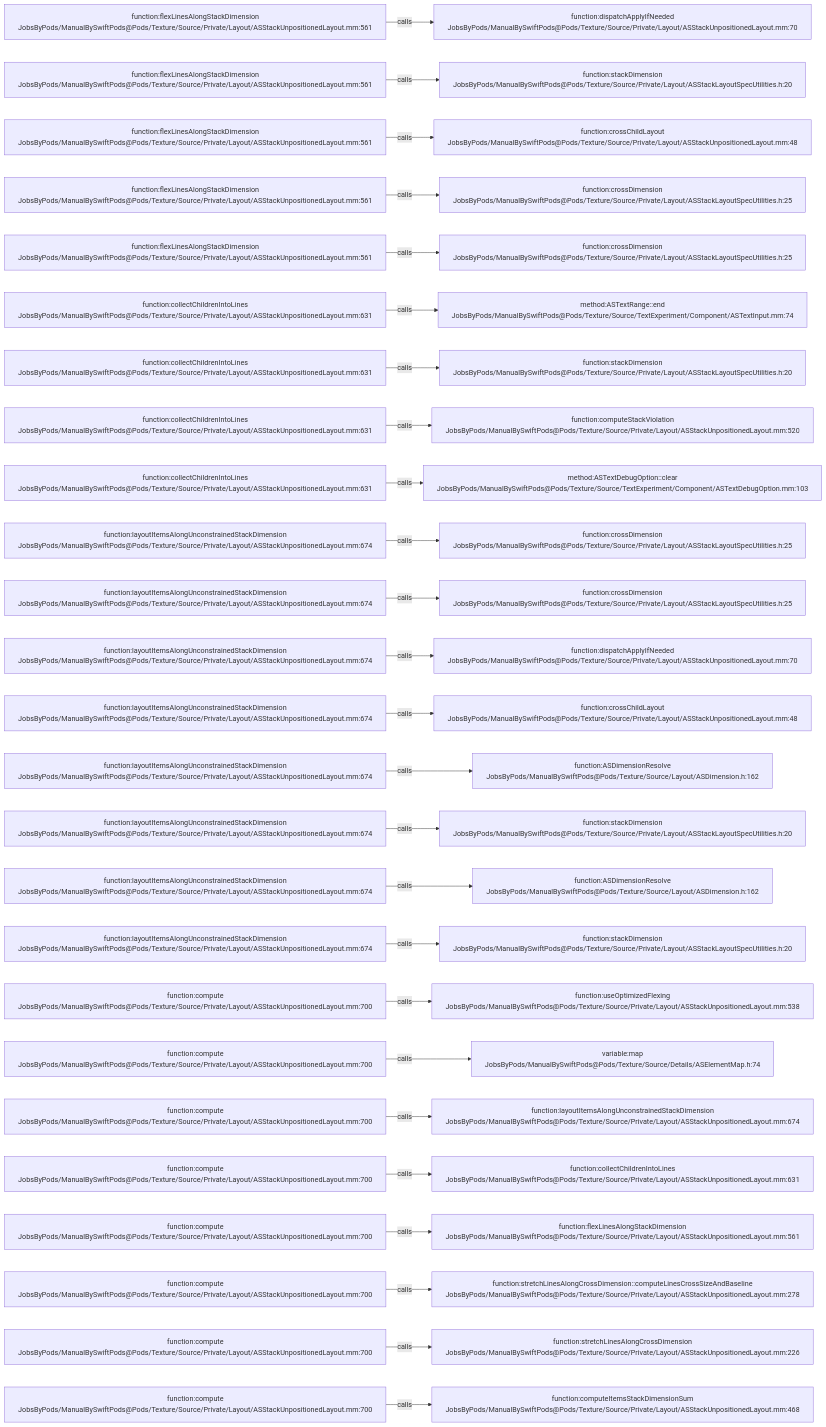
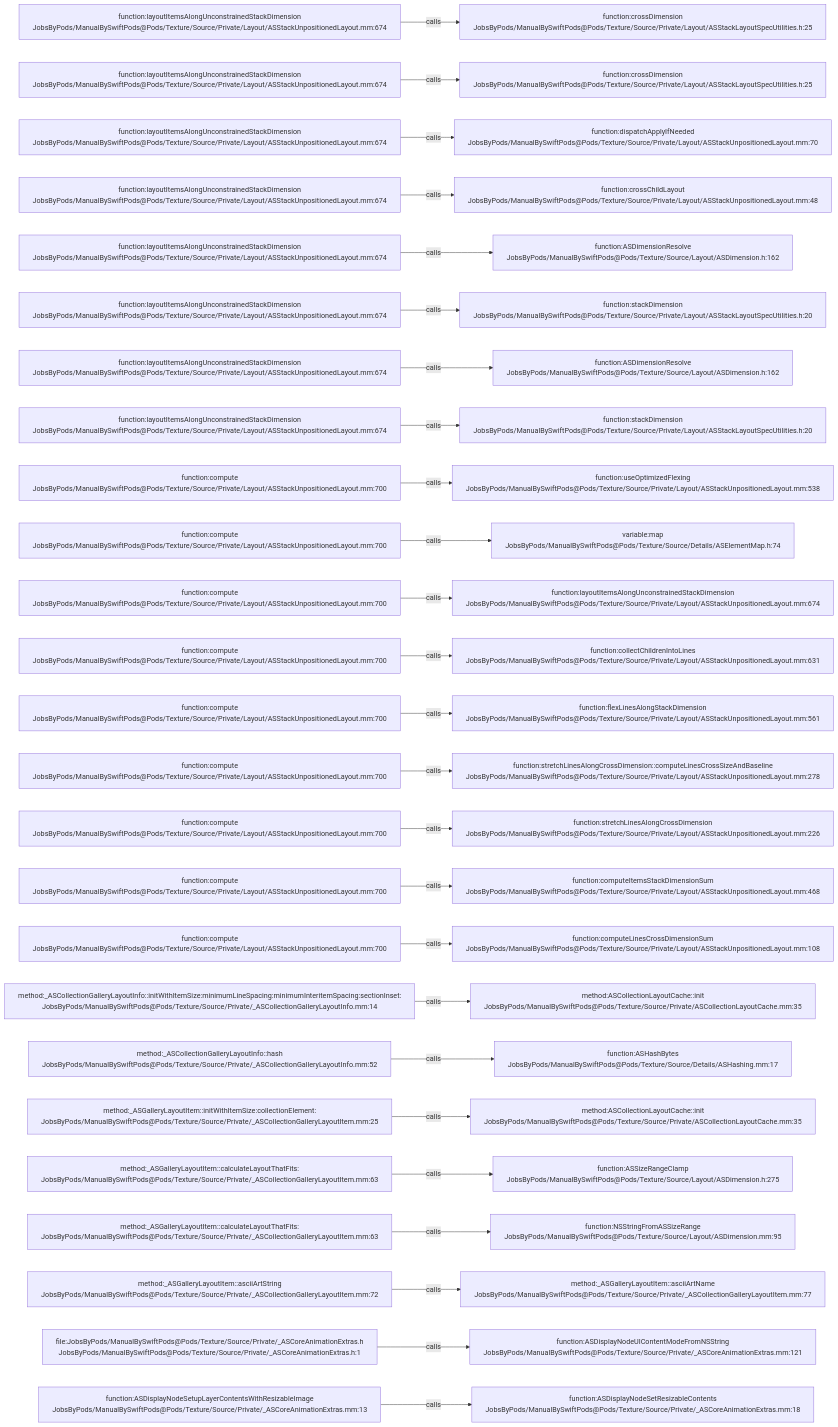
One commit to JobsKits/JobsSwiftBaseConfigDemo changed the diagram in .codegraph/codegraph.md/graphs/calls-127.md. Above: the diagram before and after it, drawn with Mermaid. The commit also changed 707 other files, not shown here.

````diff
--- a/.codegraph/codegraph.md/graphs/calls-127.md
+++ b/.codegraph/codegraph.md/graphs/calls-127.md
@@ -13,78 +13,78 @@
 ```mermaid
 flowchart LR
-  S1["function:flexLinesAlongStackDimension<br/>JobsByPods/ManualBySwiftPods@Pods/Texture/Source/Private/Layout/ASStackUnpositionedLayout.mm:561"]
-  T1["function:dispatchApplyIfNeeded<br/>JobsByPods/ManualBySwiftPods@Pods/Texture/Source/Private/Layout/ASStackUnpositionedLayout.mm:70"]
+  S1["function:layoutItemsAlongUnconstrainedStackDimension<br/>JobsByPods/ManualBySwiftPods@Pods/Texture/Source/Private/Layout/ASStackUnpositionedLayout.mm:674"]
+  T1["function:crossDimension<br/>JobsByPods/ManualBySwiftPods@Pods/Texture/Source/Private/Layout/ASStackLayoutSpecUtilities.h:25"]
   S1 -->|calls| T1
-  S2["function:flexLinesAlongStackDimension<br/>JobsByPods/ManualBySwiftPods@Pods/Texture/Source/Private/Layout/ASStackUnpositionedLayout.mm:561"]
-  T2["function:stackDimension<br/>JobsByPods/ManualBySwiftPods@Pods/Texture/Source/Private/Layout/ASStackLayoutSpecUtilities.h:20"]
+  S2["function:layoutItemsAlongUnconstrainedStackDimension<br/>JobsByPods/ManualBySwiftPods@Pods/Texture/Source/Private/Layout/ASStackUnpositionedLayout.mm:674"]
+  T2["function:crossDimension<br/>JobsByPods/ManualBySwiftPods@Pods/Texture/Source/Private/Layout/ASStackLayoutSpecUtilities.h:25"]
   S2 -->|calls| T2
-  S3["function:flexLinesAlongStackDimension<br/>JobsByPods/ManualBySwiftPods@Pods/Texture/Source/Private/Layout/ASStackUnpositionedLayout.mm:561"]
-  T3["function:crossChildLayout<br/>JobsByPods/ManualBySwiftPods@Pods/Texture/Source/Private/Layout/ASStackUnpositionedLayout.mm:48"]
+  S3["function:layoutItemsAlongUnconstrainedStackDimension<br/>JobsByPods/ManualBySwiftPods@Pods/Texture/Source/Private/Layout/ASStackUnpositionedLayout.mm:674"]
+  T3["function:dispatchApplyIfNeeded<br/>JobsByPods/ManualBySwiftPods@Pods/Texture/Source/Private/Layout/ASStackUnpositionedLayout.mm:70"]
   S3 -->|calls| T3
-  S4["function:flexLinesAlongStackDimension<br/>JobsByPods/ManualBySwiftPods@Pods/Texture/Source/Private/Layout/ASStackUnpositionedLayout.mm:561"]
-  T4["function:crossDimension<br/>JobsByPods/ManualBySwiftPods@Pods/Texture/Source/Private/Layout/ASStackLayoutSpecUtilities.h:25"]
+  S4["function:layoutItemsAlongUnconstrainedStackDimension<br/>JobsByPods/ManualBySwiftPods@Pods/Texture/Source/Private/Layout/ASStackUnpositionedLayout.mm:674"]
+  T4["function:crossChildLayout<br/>JobsByPods/ManualBySwiftPods@Pods/Texture/Source/Private/Layout/ASStackUnpositionedLayout.mm:48"]
   S4 -->|calls| T4
-  S5["function:flexLinesAlongStackDimension<br/>JobsByPods/ManualBySwiftPods@Pods/Texture/Source/Private/Layout/ASStackUnpositionedLayout.mm:561"]
-  T5["function:crossDimension<br/>JobsByPods/ManualBySwiftPods@Pods/Texture/Source/Private/Layout/ASStackLayoutSpecUtilities.h:25"]
+  S5["function:layoutItemsAlongUnconstrainedStackDimension<br/>JobsByPods/ManualBySwiftPods@Pods/Texture/Source/Private/Layout/ASStackUnpositionedLayout.mm:674"]
+  T5["function:ASDimensionResolve<br/>JobsByPods/ManualBySwiftPods@Pods/Texture/Source/Layout/ASDimension.h:162"]
   S5 -->|calls| T5
-  S6["function:collectChildrenIntoLines<br/>JobsByPods/ManualBySwiftPods@Pods/Texture/Source/Private/Layout/ASStackUnpositionedLayout.mm:631"]
-  T6["method:ASTextRange::end<br/>JobsByPods/ManualBySwiftPods@Pods/Texture/Source/TextExperiment/Component/ASTextInput.mm:74"]
+  S6["function:layoutItemsAlongUnconstrainedStackDimension<br/>JobsByPods/ManualBySwiftPods@Pods/Texture/Source/Private/Layout/ASStackUnpositionedLayout.mm:674"]
+  T6["function:stackDimension<br/>JobsByPods/ManualBySwiftPods@Pods/Texture/Source/Private/Layout/ASStackLayoutSpecUtilities.h:20"]
   S6 -->|calls| T6
-  S7["function:collectChildrenIntoLines<br/>JobsByPods/ManualBySwiftPods@Pods/Texture/Source/Private/Layout/ASStackUnpositionedLayout.mm:631"]
-  T7["function:stackDimension<br/>JobsByPods/ManualBySwiftPods@Pods/Texture/Source/Private/Layout/ASStackLayoutSpecUtilities.h:20"]
+  S7["function:layoutItemsAlongUnconstrainedStackDimension<br/>JobsByPods/ManualBySwiftPods@Pods/Texture/Source/Private/Layout/ASStackUnpositionedLayout.mm:674"]
+  T7["function:ASDimensionResolve<br/>JobsByPods/ManualBySwiftPods@Pods/Texture/Source/Layout/ASDimension.h:162"]
   S7 -->|calls| T7
-  S8["function:collectChildrenIntoLines<br/>JobsByPods/ManualBySwiftPods@Pods/Texture/Source/Private/Layout/ASStackUnpositionedLayout.mm:631"]
-  T8["function:computeStackViolation<br/>JobsByPods/ManualBySwiftPods@Pods/Texture/Source/Private/Layout/ASStackUnpositionedLayout.mm:520"]
+  S8["function:layoutItemsAlongUnconstrainedStackDimension<br/>JobsByPods/ManualBySwiftPods@Pods/Texture/Source/Private/Layout/ASStackUnpositionedLayout.mm:674"]
+  T8["function:stackDimension<br/>JobsByPods/ManualBySwiftPods@Pods/Texture/Source/Private/Layout/ASStackLayoutSpecUtilities.h:20"]
   S8 -->|calls| T8
-  S9["function:collectChildrenIntoLines<br/>JobsByPods/ManualBySwiftPods@Pods/Texture/Source/Private/Layout/ASStackUnpositionedLayout.mm:631"]
-  T9["method:ASTextDebugOption::clear<br/>JobsByPods/ManualBySwiftPods@Pods/Texture/Source/TextExperiment/Component/ASTextDebugOption.mm:103"]
+  S9["function:compute<br/>JobsByPods/ManualBySwiftPods@Pods/Texture/Source/Private/Layout/ASStackUnpositionedLayout.mm:700"]
+  T9["function:useOptimizedFlexing<br/>JobsByPods/ManualBySwiftPods@Pods/Texture/Source/Private/Layout/ASStackUnpositionedLayout.mm:538"]
   S9 -->|calls| T9
-  S10["function:layoutItemsAlongUnconstrainedStackDimension<br/>JobsByPods/ManualBySwiftPods@Pods/Texture/Source/Private/Layout/ASStackUnpositionedLayout.mm:674"]
-  T10["function:crossDimension<br/>JobsByPods/ManualBySwiftPods@Pods/Texture/Source/Private/Layout/ASStackLayoutSpecUtilities.h:25"]
+  S10["function:compute<br/>JobsByPods/ManualBySwiftPods@Pods/Texture/Source/Private/Layout/ASStackUnpositionedLayout.mm:700"]
+  T10["variable:map<br/>JobsByPods/ManualBySwiftPods@Pods/Texture/Source/Details/ASElementMap.h:74"]
   S10 -->|calls| T10
-  S11["function:layoutItemsAlongUnconstrainedStackDimension<br/>JobsByPods/ManualBySwiftPods@Pods/Texture/Source/Private/Layout/ASStackUnpositionedLayout.mm:674"]
-  T11["function:crossDimension<br/>JobsByPods/ManualBySwiftPods@Pods/Texture/Source/Private/Layout/ASStackLayoutSpecUtilities.h:25"]
+  S11["function:compute<br/>JobsByPods/ManualBySwiftPods@Pods/Texture/Source/Private/Layout/ASStackUnpositionedLayout.mm:700"]
+  T11["function:layoutItemsAlongUnconstrainedStackDimension<br/>JobsByPods/ManualBySwiftPods@Pods/Texture/Source/Private/Layout/ASStackUnpositionedLayout.mm:674"]
   S11 -->|calls| T11
-  S12["function:layoutItemsAlongUnconstrainedStackDimension<br/>JobsByPods/ManualBySwiftPods@Pods/Texture/Source/Private/Layout/ASStackUnpositionedLayout.mm:674"]
-  T12["function:dispatchApplyIfNeeded<br/>JobsByPods/ManualBySwiftPods@Pods/Texture/Source/Private/Layout/ASStackUnpositionedLayout.mm:70"]
+  S12["function:compute<br/>JobsByPods/ManualBySwiftPods@Pods/Texture/Source/Private/Layout/ASStackUnpositionedLayout.mm:700"]
+  T12["function:collectChildrenIntoLines<br/>JobsByPods/ManualBySwiftPods@Pods/Texture/Source/Private/Layout/ASStackUnpositionedLayout.mm:631"]
   S12 -->|calls| T12
-  S13["function:layoutItemsAlongUnconstrainedStackDimension<br/>JobsByPods/ManualBySwiftPods@Pods/Texture/Source/Private/Layout/ASStackUnpositionedLayout.mm:674"]
-  T13["function:crossChildLayout<br/>JobsByPods/ManualBySwiftPods@Pods/Texture/Source/Private/Layout/ASStackUnpositionedLayout.mm:48"]
+  S13["function:compute<br/>JobsByPods/ManualBySwiftPods@Pods/Texture/Source/Private/Layout/ASStackUnpositionedLayout.mm:700"]
+  T13["function:flexLinesAlongStackDimension<br/>JobsByPods/ManualBySwiftPods@Pods/Texture/Source/Private/Layout/ASStackUnpositionedLayout.mm:561"]
   S13 -->|calls| T13
-  S14["function:layoutItemsAlongUnconstrainedStackDimension<br/>JobsByPods/ManualBySwiftPods@Pods/Texture/Source/Private/Layout/ASStackUnpositionedLayout.mm:674"]
-  T14["function:ASDimensionResolve<br/>JobsByPods/ManualBySwiftPods@Pods/Texture/Source/Layout/ASDimension.h:162"]
+  S14["function:compute<br/>JobsByPods/ManualBySwiftPods@Pods/Texture/Source/Private/Layout/ASStackUnpositionedLayout.mm:700"]
+  T14["function:stretchLinesAlongCrossDimension::computeLinesCrossSizeAndBaseline<br/>JobsByPods/ManualBySwiftPods@Pods/Texture/Source/Private/Layout/ASStackUnpositionedLayout.mm:278"]
   S14 -->|calls| T14
-  S15["function:layoutItemsAlongUnconstrainedStackDimension<br/>JobsByPods/ManualBySwiftPods@Pods/Texture/Source/Private/Layout/ASStackUnpositionedLayout.mm:674"]
-  T15["function:stackDimension<br/>JobsByPods/ManualBySwiftPods@Pods/Texture/Source/Private/Layout/ASStackLayoutSpecUtilities.h:20"]
+  S15["function:compute<br/>JobsByPods/ManualBySwiftPods@Pods/Texture/Source/Private/Layout/ASStackUnpositionedLayout.mm:700"]
+  T15["function:stretchLinesAlongCrossDimension<br/>JobsByPods/ManualBySwiftPods@Pods/Texture/Source/Private/Layout/ASStackUnpositionedLayout.mm:226"]
   S15 -->|calls| T15
-  S16["function:layoutItemsAlongUnconstrainedStackDimension<br/>JobsByPods/ManualBySwiftPods@Pods/Texture/Source/Private/Layout/ASStackUnpositionedLayout.mm:674"]
-  T16["function:ASDimensionResolve<br/>JobsByPods/ManualBySwiftPods@Pods/Texture/Source/Layout/ASDimension.h:162"]
+  S16["function:compute<br/>JobsByPods/ManualBySwiftPods@Pods/Texture/Source/Private/Layout/ASStackUnpositionedLayout.mm:700"]
+  T16["function:computeItemsStackDimensionSum<br/>JobsByPods/ManualBySwiftPods@Pods/Texture/Source/Private/Layout/ASStackUnpositionedLayout.mm:468"]
   S16 -->|calls| T16
-  S17["function:layoutItemsAlongUnconstrainedStackDimension<br/>JobsByPods/ManualBySwiftPods@Pods/Texture/Source/Private/Layout/ASStackUnpositionedLayout.mm:674"]
-  T17["function:stackDimension<br/>JobsByPods/ManualBySwiftPods@Pods/Texture/Source/Private/Layout/ASStackLayoutSpecUtilities.h:20"]
+  S17["function:compute<br/>JobsByPods/ManualBySwiftPods@Pods/Texture/Source/Private/Layout/ASStackUnpositionedLayout.mm:700"]
+  T17["function:computeLinesCrossDimensionSum<br/>JobsByPods/ManualBySwiftPods@Pods/Texture/Source/Private/Layout/ASStackUnpositionedLayout.mm:108"]
   S17 -->|calls| T17
-  S18["function:compute<br/>JobsByPods/ManualBySwiftPods@Pods/Texture/Source/Private/Layout/ASStackUnpositionedLayout.mm:700"]
-  T18["function:useOptimizedFlexing<br/>JobsByPods/ManualBySwiftPods@Pods/Texture/Source/Private/Layout/ASStackUnpositionedLayout.mm:538"]
+  S18["method:_ASCollectionGalleryLayoutInfo::initWithItemSize:minimumLineSpacing:minimumInteritemSpacing:sectionInset:<br/>JobsByPods/ManualBySwiftPods@Pods/Texture/Source/Private/_ASCollectionGalleryLayoutInfo.mm:14"]
+  T18["method:ASCollectionLayoutCache::init<br/>JobsByPods/ManualBySwiftPods@Pods/Texture/Source/Private/ASCollectionLayoutCache.mm:35"]
   S18 -->|calls| T18
-  S19["function:compute<br/>JobsByPods/ManualBySwiftPods@Pods/Texture/Source/Private/Layout/ASStackUnpositionedLayout.mm:700"]
-  T19["variable:map<br/>JobsByPods/ManualBySwiftPods@Pods/Texture/Source/Details/ASElementMap.h:74"]
+  S19["method:_ASCollectionGalleryLayoutInfo::hash<br/>JobsByPods/ManualBySwiftPods@Pods/Texture/Source/Private/_ASCollectionGalleryLayoutInfo.mm:52"]
+  T19["function:ASHashBytes<br/>JobsByPods/ManualBySwiftPods@Pods/Texture/Source/Details/ASHashing.mm:17"]
   S19 -->|calls| T19
-  S20["function:compute<br/>JobsByPods/ManualBySwiftPods@Pods/Texture/Source/Private/Layout/ASStackUnpositionedLayout.mm:700"]
-  T20["function:layoutItemsAlongUnconstrainedStackDimension<br/>JobsByPods/ManualBySwiftPods@Pods/Texture/Source/Private/Layout/ASStackUnpositionedLayout.mm:674"]
+  S20["method:_ASGalleryLayoutItem::initWithItemSize:collectionElement:<br/>JobsByPods/ManualBySwiftPods@Pods/Texture/Source/Private/_ASCollectionGalleryLayoutItem.mm:25"]
+  T20["method:ASCollectionLayoutCache::init<br/>JobsByPods/ManualBySwiftPods@Pods/Texture/Source/Private/ASCollectionLayoutCache.mm:35"]
   S20 -->|calls| T20
-  S21["function:compute<br/>JobsByPods/ManualBySwiftPods@Pods/Texture/Source/Private/Layout/ASStackUnpositionedLayout.mm:700"]
-  T21["function:collectChildrenIntoLines<br/>JobsByPods/ManualBySwiftPods@Pods/Texture/Source/Private/Layout/ASStackUnpositionedLayout.mm:631"]
+  S21["method:_ASGalleryLayoutItem::calculateLayoutThatFits:<br/>JobsByPods/ManualBySwiftPods@Pods/Texture/Source/Private/_ASCollectionGalleryLayoutItem.mm:63"]
+  T21["function:ASSizeRangeClamp<br/>JobsByPods/ManualBySwiftPods@Pods/Texture/Source/Layout/ASDimension.h:275"]
   S21 -->|calls| T21
-  S22["function:compute<br/>JobsByPods/ManualBySwiftPods@Pods/Texture/Source/Private/Layout/ASStackUnpositionedLayout.mm:700"]
-  T22["function:flexLinesAlongStackDimension<br/>JobsByPods/ManualBySwiftPods@Pods/Texture/Source/Private/Layout/ASStackUnpositionedLayout.mm:561"]
+  S22["method:_ASGalleryLayoutItem::calculateLayoutThatFits:<br/>JobsByPods/ManualBySwiftPods@Pods/Texture/Source/Private/_ASCollectionGalleryLayoutItem.mm:63"]
+  T22["function:NSStringFromASSizeRange<br/>JobsByPods/ManualBySwiftPods@Pods/Texture/Source/Layout/ASDimension.mm:95"]
   S22 -->|calls| T22
-  S23["function:compute<br/>JobsByPods/ManualBySwiftPods@Pods/Texture/Source/Private/Layout/ASStackUnpositionedLayout.mm:700"]
-  T23["function:stretchLinesAlongCrossDimension::computeLinesCrossSizeAndBaseline<br/>JobsByPods/ManualBySwiftPods@Pods/Texture/Source/Private/Layout/ASStackUnpositionedLayout.mm:278"]
+  S23["method:_ASGalleryLayoutItem::asciiArtString<br/>JobsByPods/ManualBySwiftPods@Pods/Texture/Source/Private/_ASCollectionGalleryLayoutItem.mm:72"]
+  T23["method:_ASGalleryLayoutItem::asciiArtName<br/>JobsByPods/ManualBySwiftPods@Pods/Texture/Source/Private/_ASCollectionGalleryLayoutItem.mm:77"]
   S23 -->|calls| T23
-  S24["function:compute<br/>JobsByPods/ManualBySwiftPods@Pods/Texture/Source/Private/Layout/ASStackUnpositionedLayout.mm:700"]
-  T24["function:stretchLinesAlongCrossDimension<br/>JobsByPods/ManualBySwiftPods@Pods/Texture/Source/Private/Layout/ASStackUnpositionedLayout.mm:226"]
+  S24["file:JobsByPods/ManualBySwiftPods@Pods/Texture/Source/Private/_ASCoreAnimationExtras.h<br/>JobsByPods/ManualBySwiftPods@Pods/Texture/Source/Private/_ASCoreAnimationExtras.h:1"]
+  T24["function:ASDisplayNodeUIContentModeFromNSString<br/>JobsByPods/ManualBySwiftPods@Pods/Texture/Source/Private/_ASCoreAnimationExtras.mm:121"]
   S24 -->|calls| T24
-  S25["function:compute<br/>JobsByPods/ManualBySwiftPods@Pods/Texture/Source/Private/Layout/ASStackUnpositionedLayout.mm:700"]
-  T25["function:computeItemsStackDimensionSum<br/>JobsByPods/ManualBySwiftPods@Pods/Texture/Source/Private/Layout/ASStackUnpositionedLayout.mm:468"]
+  S25["function:ASDisplayNodeSetupLayerContentsWithResizableImage<br/>JobsByPods/ManualBySwiftPods@Pods/Texture/Source/Private/_ASCoreAnimationExtras.mm:13"]
+  T25["function:ASDisplayNodeSetResizableContents<br/>JobsByPods/ManualBySwiftPods@Pods/Texture/Source/Private/_ASCoreAnimationExtras.mm:18"]
   S25 -->|calls| T25
 ```
````
